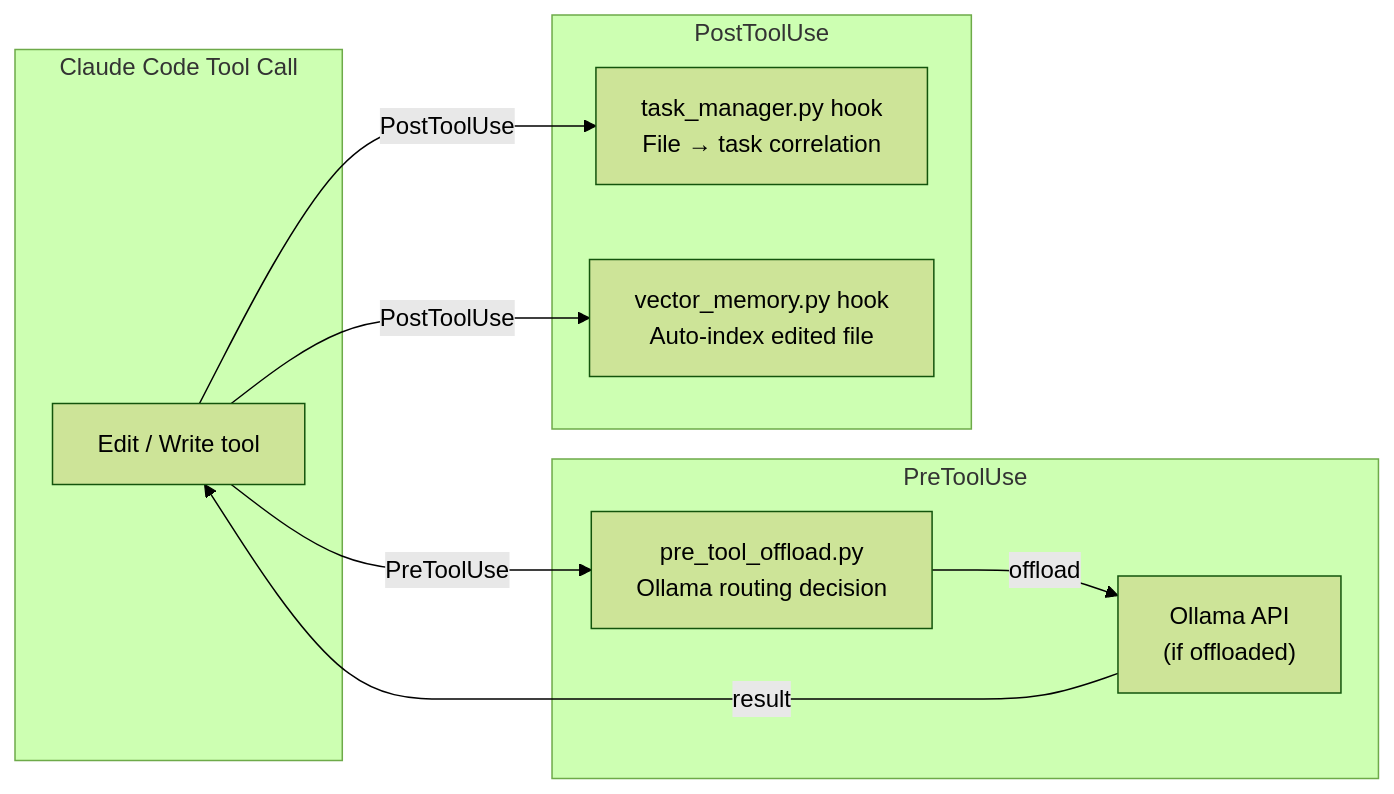
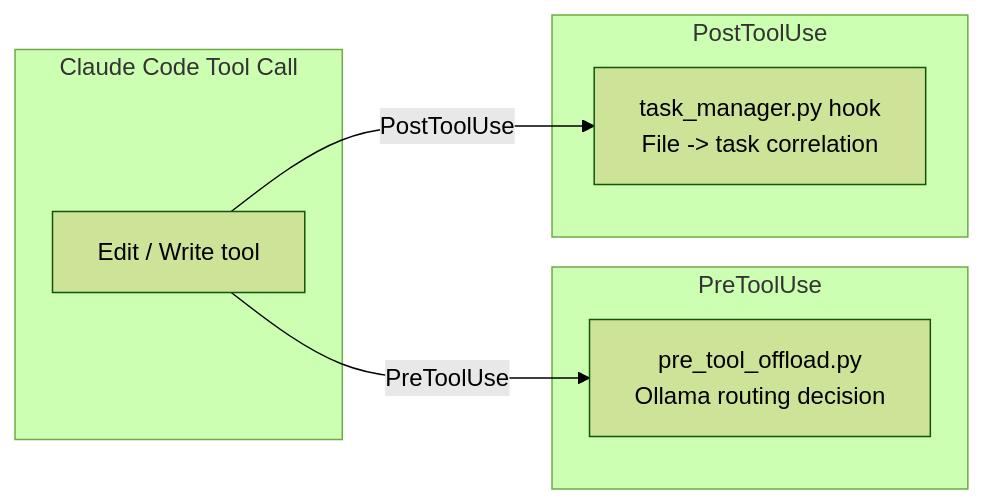
One commit to dnviti/codeclaw changed the first of 3 diagrams in docs/deployment.md. Above: the diagram before and after it, drawn with Mermaid (forest theme). The commit also changed other lines of this file and 95 other files, not shown here.

````diff
--- a/docs/deployment.md
+++ b/docs/deployment.md
@@ -134,21 +65,17 @@
 ```mermaid
 flowchart LR
     subgraph "Claude Code Tool Call"
         TC["Edit / Write tool"]
     end
 
     subgraph "PreToolUse"
         PRE["pre_tool_offload.py<br>Ollama routing decision"]
-        OL["Ollama API<br>(if offloaded)"]
     end
 
     subgraph "PostToolUse"
-        TM["task_manager.py hook<br>File → task correlation"]
-        VM["vector_memory.py hook<br>Auto-index edited file"]
+        TM["task_manager.py hook<br>File -> task correlation"]
     end
 
     TC -->|"PreToolUse"| PRE
-    PRE -->|"offload"| OL
-    OL -->|"result"| TC
-    TC -->|"PostToolUse"| TM & VM
+    TC -->|"PostToolUse"| TM
 ```
````
